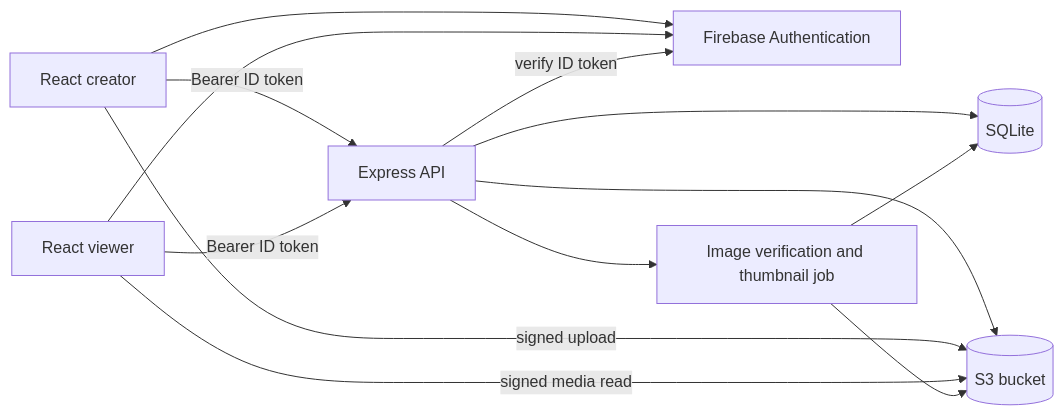
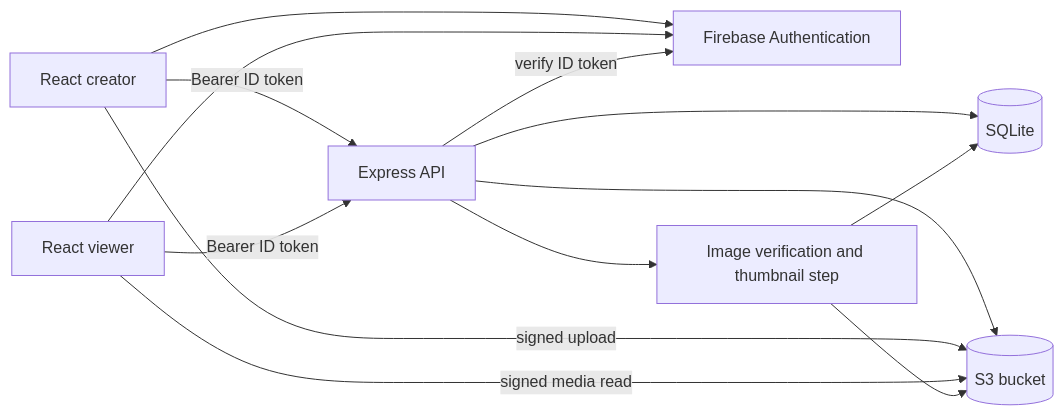
Before and after one commit to tzanislav/pano-viewer_v2: the diagram in Documentation/ARCHITECTURE.md, drawn with Mermaid. The commit also changed other lines of this file and 63 other files, not shown here.

````diff
--- a/Documentation/ARCHITECTURE.md
+++ b/Documentation/ARCHITECTURE.md
@@ -11,15 +11,15 @@
 ```mermaid
 flowchart LR
   E[React creator] --> F[Firebase Authentication]
   V[React viewer] --> F
   E -- Bearer ID token --> A[Express API]
   V -- Bearer ID token --> A
   A -- verify ID token --> F
   A --> D[(SQLite)]
   A --> S[(S3 bucket)]
   E -- signed upload --> S
   V -- signed media read --> S
-  A --> W[Image verification and thumbnail job]
+  A --> W[Image verification and thumbnail step]
   W --> S
   W --> D
 ```
````
